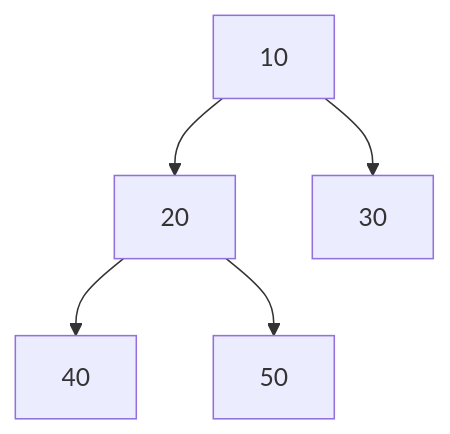
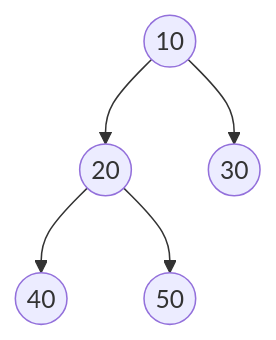
One commit to 3strategy/BeautifulMivney changed diagram 12 of 28 in cst/6binnode/Ex6a1binnode.md. Above: the diagram before and after it, drawn with Mermaid. The commit also changed other lines of this file and 3 other files, not shown here.

````diff
--- a/cst/6binnode/Ex6a1binnode.md
+++ b/cst/6binnode/Ex6a1binnode.md
@@ -235,7 +235,7 @@
     ```mermaid
     flowchart TB
-      A[10] --> B[20]
-      A --> C[30]:::leaf
-      B --> D[40]:::leaf
-      B --> E[50]:::leaf
+      A((10)) --> B((20))
+      A --> C((30)):::leaf
+      B --> D((40)):::leaf
+      B --> E((50)):::leaf
     ```
````
